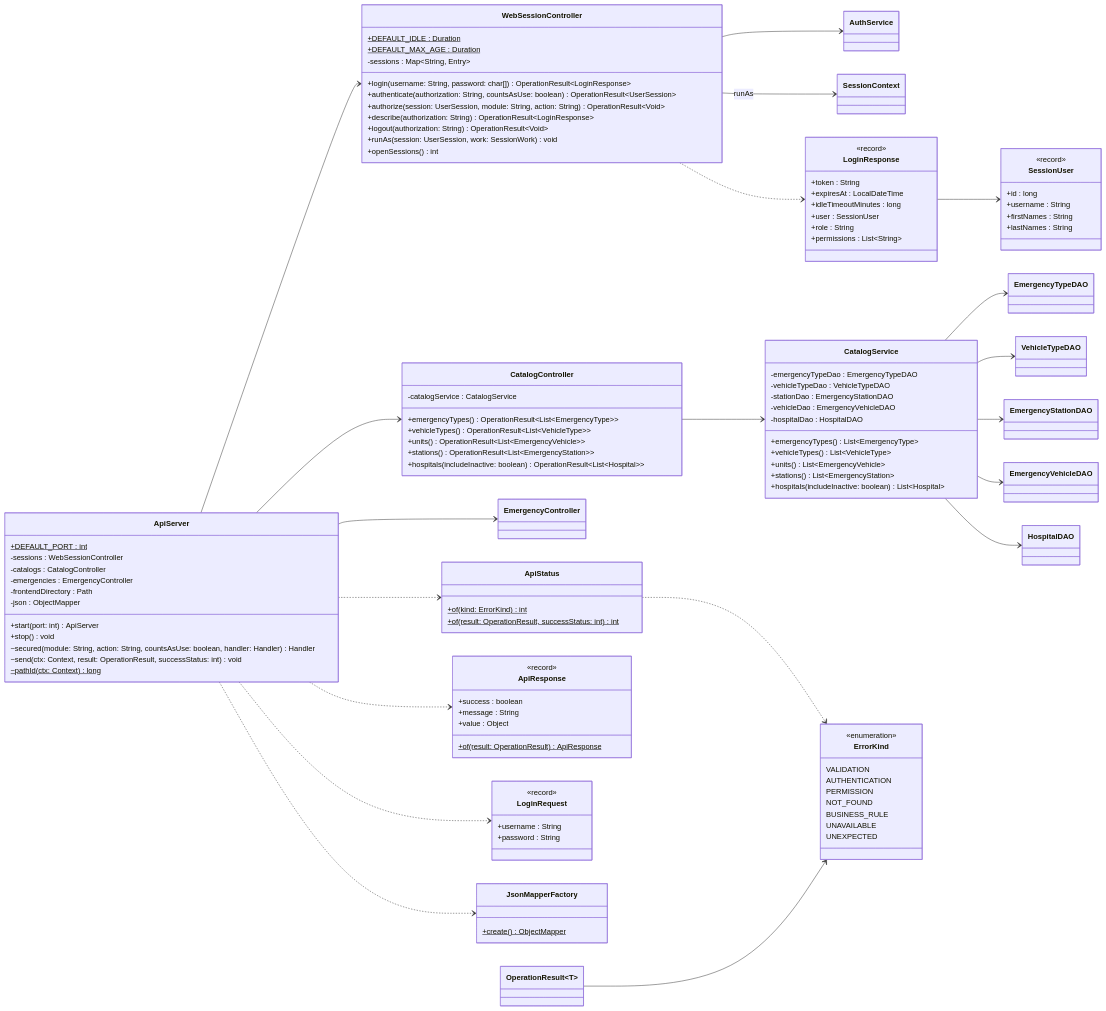
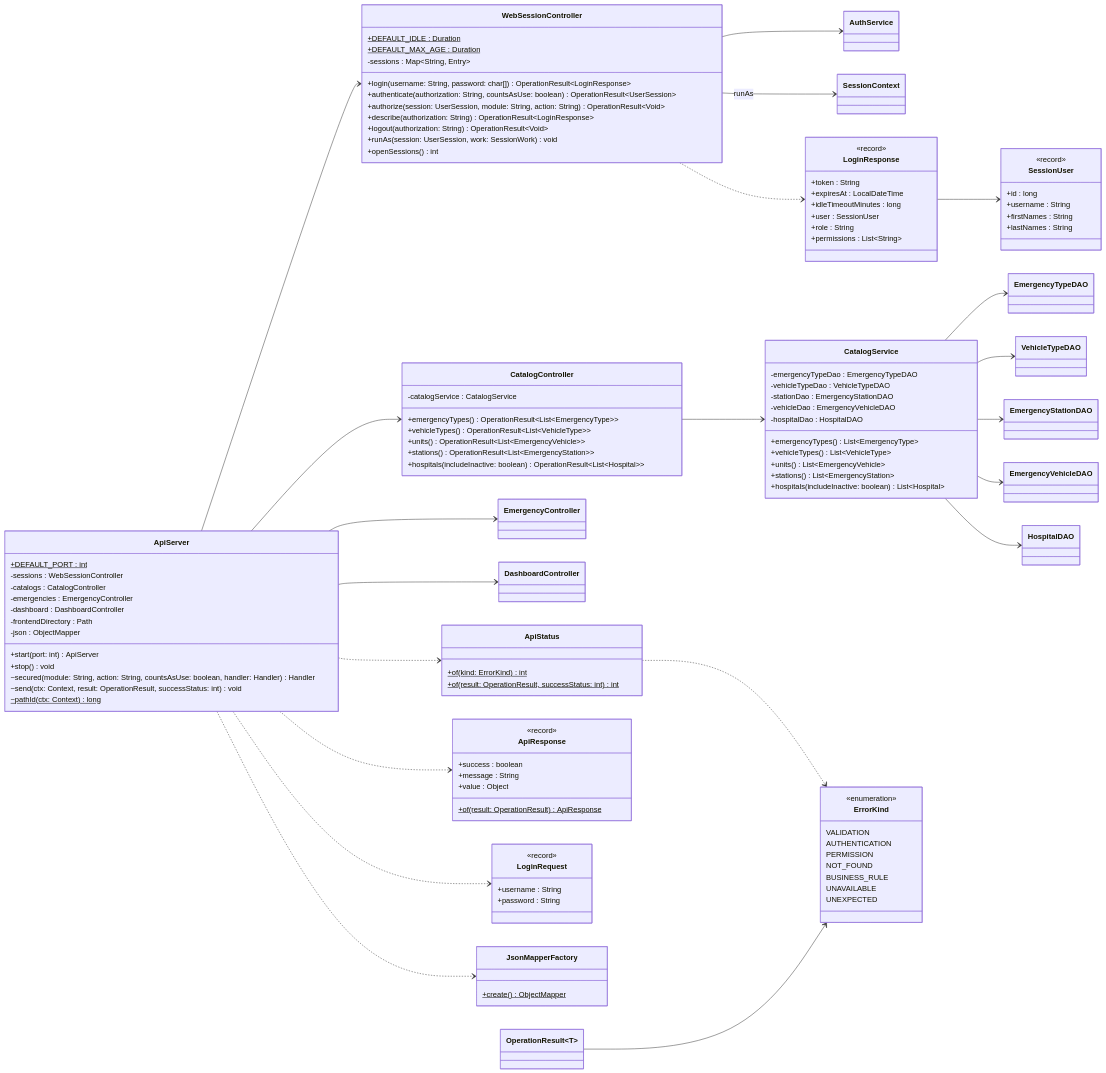
One commit to afzabaleta/RutaVida changed diagram 24 of 24 in docs/class-diagram.md. Above: the diagram before and after it, drawn with Mermaid. The commit also changed other lines of this file and 2 other files, not shown here.

Commit message:
docs: document-dashboard

```diff
--- a/docs/class-diagram.md
+++ b/docs/class-diagram.md
@@ -1935,6 +1937,7 @@
         -sessions : WebSessionController
         -catalogs : CatalogController
         -emergencies : EmergencyController
+        -dashboard : DashboardController
         -frontendDirectory : Path
         -json : ObjectMapper
         +start(port: int) ApiServer
@@ -2024,6 +2027,7 @@
     ApiServer --> WebSessionController
     ApiServer --> CatalogController
     ApiServer --> EmergencyController
+    ApiServer --> DashboardController
     ApiServer ..> ApiStatus
     ApiServer ..> ApiResponse
     ApiServer ..> LoginRequest
```
